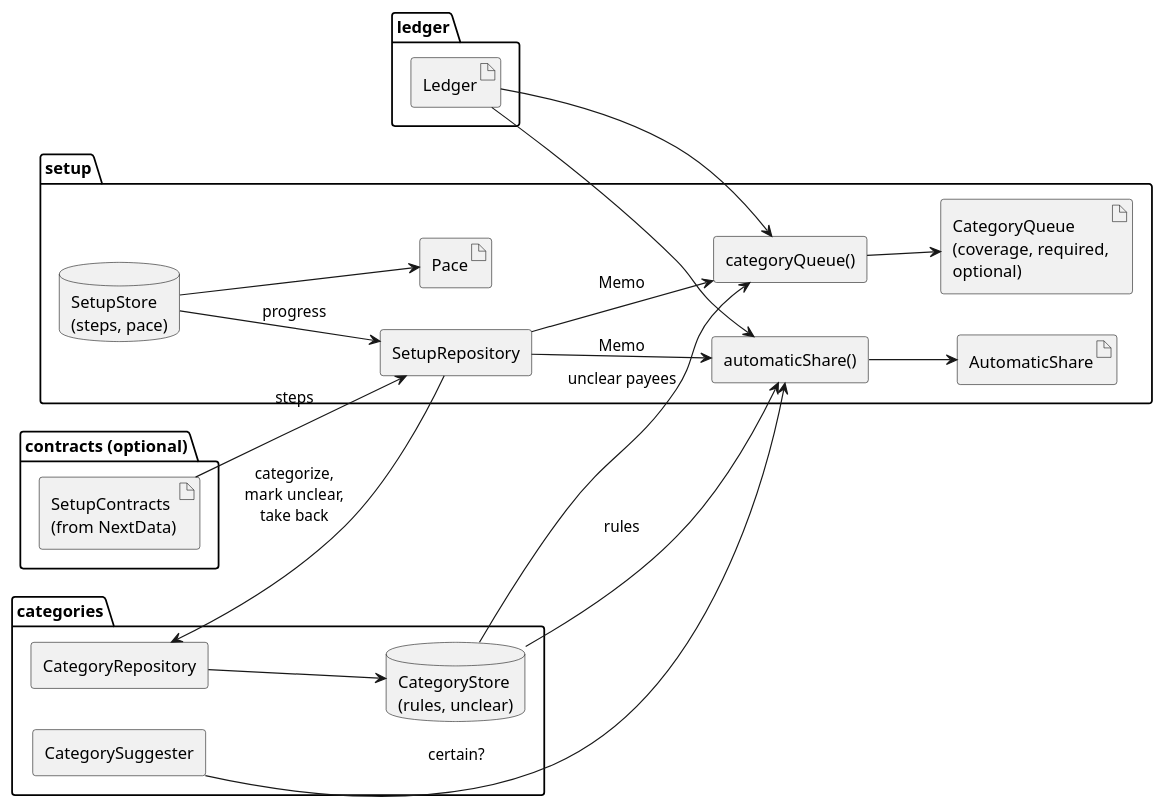
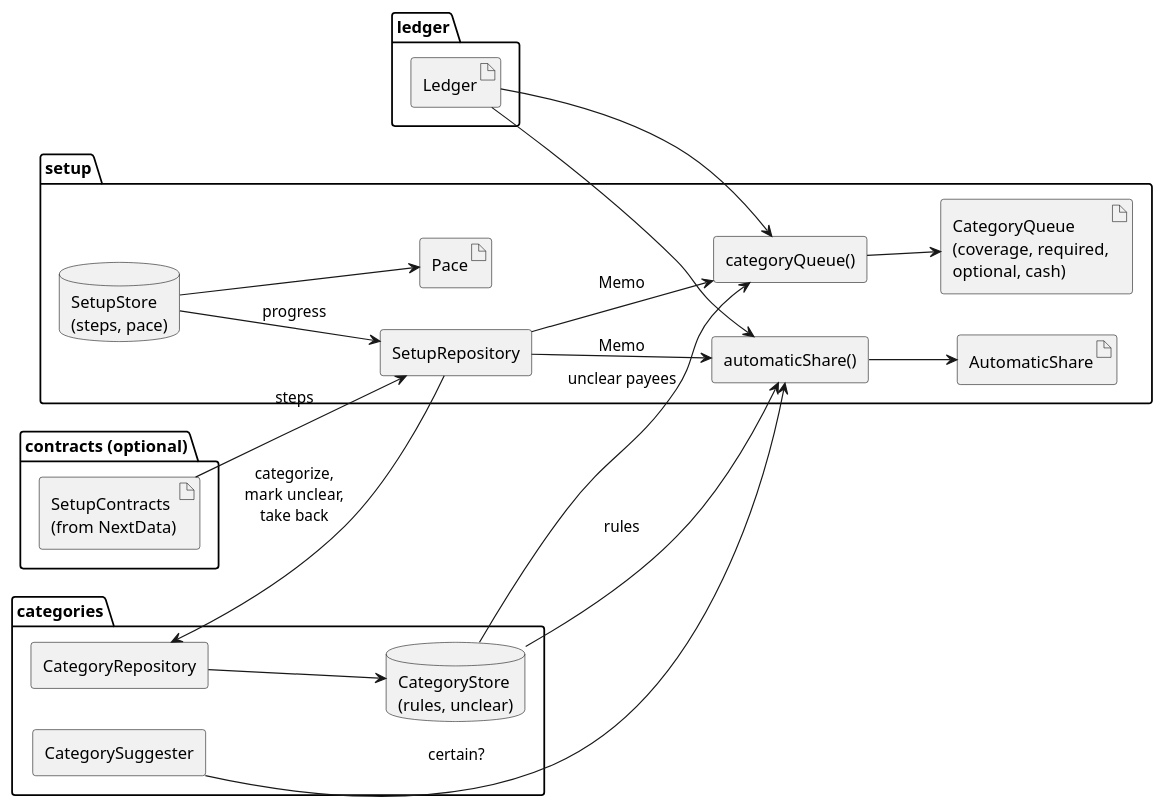
Before and after one commit to castn/MyExpenses: the diagram in next/data/setup/src/main/java/org/totschnig/myexpenses/next/data/setup/setup.puml, drawn with PlantUML. The commit also changed 3 other files, not shown here.

```diff
--- a/next/data/setup/src/main/java/org/totschnig/myexpenses/next/data/setup/setup.puml
+++ b/next/data/setup/src/main/java/org/totschnig/myexpenses/next/data/setup/setup.puml
@@ -1,43 +1,43 @@
 @startuml setup
 skinparam componentStyle rectangle
 skinparam shadowing false
 left to right direction
 
 package "ledger" {
   artifact Ledger
 }
 package "categories" {
   [CategoryRepository] as categoryRepository
   database "CategoryStore\n(rules, unclear)" as categoryStore
   [CategorySuggester] as suggester
 }
 package "contracts (optional)" {
   artifact "SetupContracts\n(from NextData)" as setupContracts
 }
 
 package "setup" {
   [categoryQueue()] as queueFn
-  artifact "CategoryQueue\n(coverage, required,\noptional)" as queue
+  artifact "CategoryQueue\n(coverage, required,\noptional, cash)" as queue
   [automaticShare()] as shareFn
   artifact AutomaticShare as share
   [SetupRepository] as repository
   database "SetupStore\n(steps, pace)" as store
   artifact "Pace" as pace
 }
 
 Ledger --> queueFn
 categoryStore --> queueFn : unclear payees
 queueFn --> queue
 Ledger --> shareFn
 categoryStore --> shareFn : rules
 suggester --> shareFn : certain?
 shareFn --> share
 repository --> queueFn : Memo
 repository --> shareFn : Memo
 repository --> categoryRepository : categorize,\nmark unclear,\ntake back
 categoryRepository --> categoryStore
 setupContracts --> repository : steps
 store --> repository : progress
 store --> pace
 
 @enduml
```
